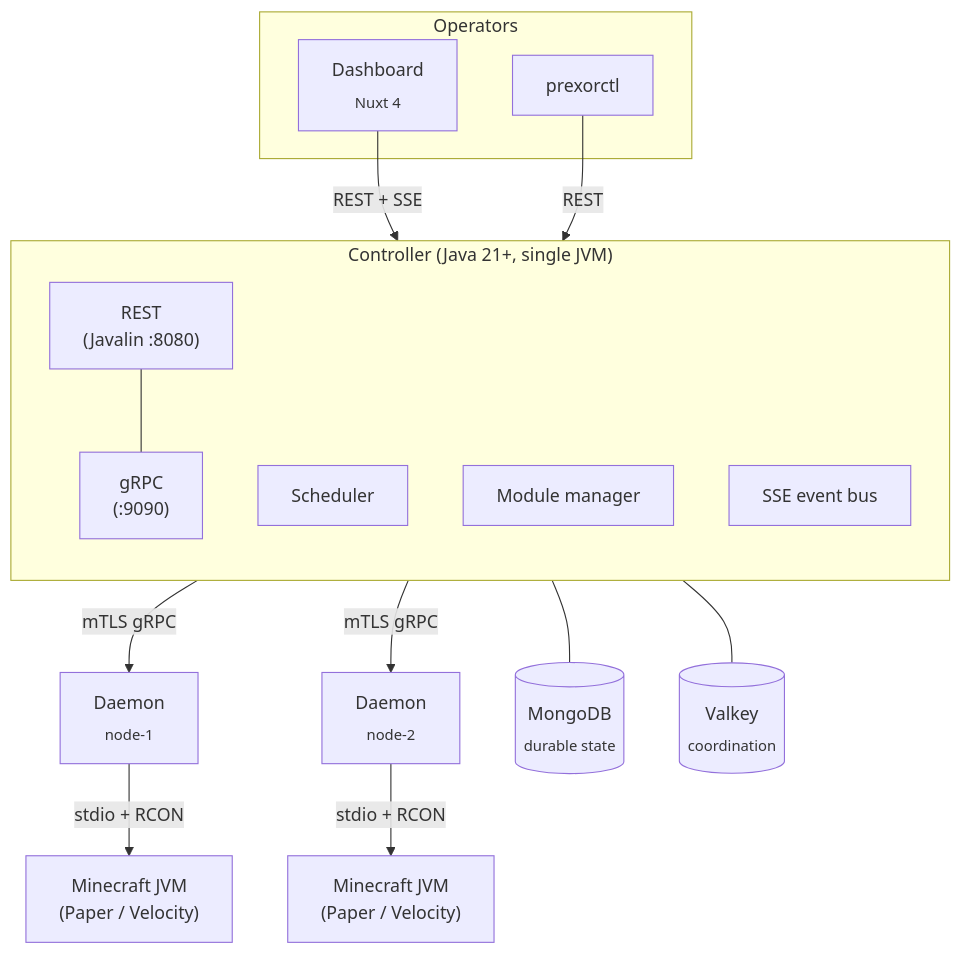
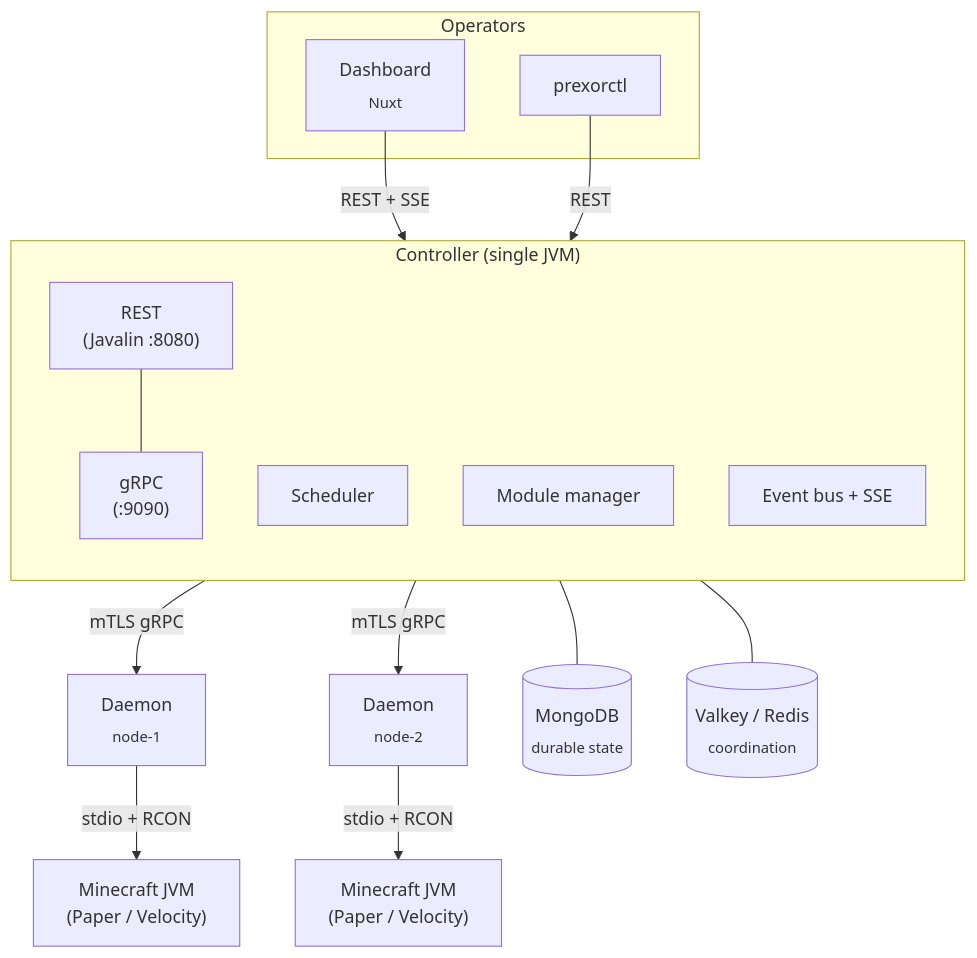
The first of 2 diagrams in docs/public/en/concepts/architecture.md (PrexorJustin/prexorcloud), drawn with Mermaid before and after one commit. The commit also changed other lines of this file and 20 other files, not shown here.

````diff
--- a/docs/public/en/concepts/architecture.md
+++ b/docs/public/en/concepts/architecture.md
@@ -23,34 +24,34 @@
 ```mermaid
 flowchart TB
   subgraph Clients["Operators"]
-    Dashboard["Dashboard<br/><sub>Nuxt 4</sub>"]
+    Dashboard["Dashboard<br/><sub>Nuxt</sub>"]
     CLI["prexorctl"]
   end
 
-  subgraph Controller["Controller (Java 21+, single JVM)"]
+  subgraph Controller["Controller (single JVM)"]
     direction TB
     REST["REST<br/>(Javalin :8080)"]
     GRPC["gRPC<br/>(:9090)"]
     SCH["Scheduler"]
     MOD["Module manager"]
-    SSE["SSE event bus"]
+    BUS["Event bus + SSE"]
   end
 
   Daemon1["Daemon<br/><sub>node-1</sub>"]
   Daemon2["Daemon<br/><sub>node-2</sub>"]
   MC1["Minecraft JVM<br/>(Paper / Velocity)"]
   MC2["Minecraft JVM<br/>(Paper / Velocity)"]
 
   Mongo[("MongoDB<br/><sub>durable state</sub>")]
-  Valkey[("Valkey<br/><sub>coordination</sub>")]
+  Valkey[("Valkey / Redis<br/><sub>coordination</sub>")]
 
   Dashboard -- REST + SSE --> REST
   CLI -- REST --> REST
   REST --- GRPC
   GRPC -- mTLS gRPC --> Daemon1
   GRPC -- mTLS gRPC --> Daemon2
   Daemon1 -- "stdio + RCON" --> MC1
   Daemon2 -- "stdio + RCON" --> MC2
   Controller --- Mongo
   Controller --- Valkey
 ```
````
